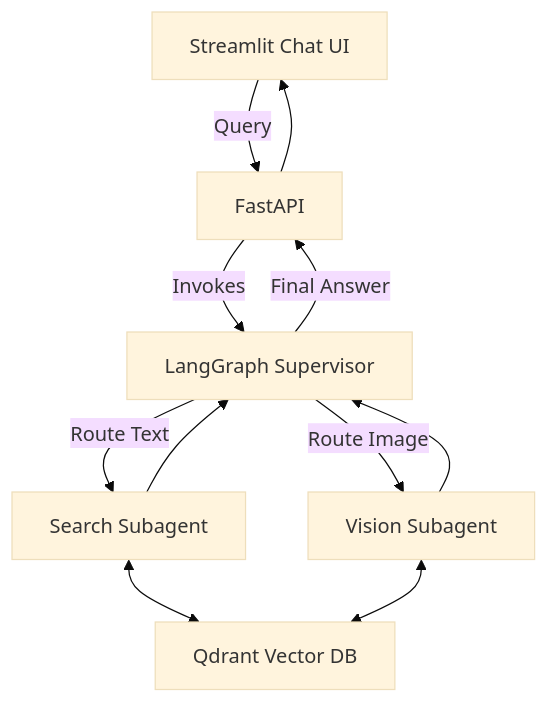
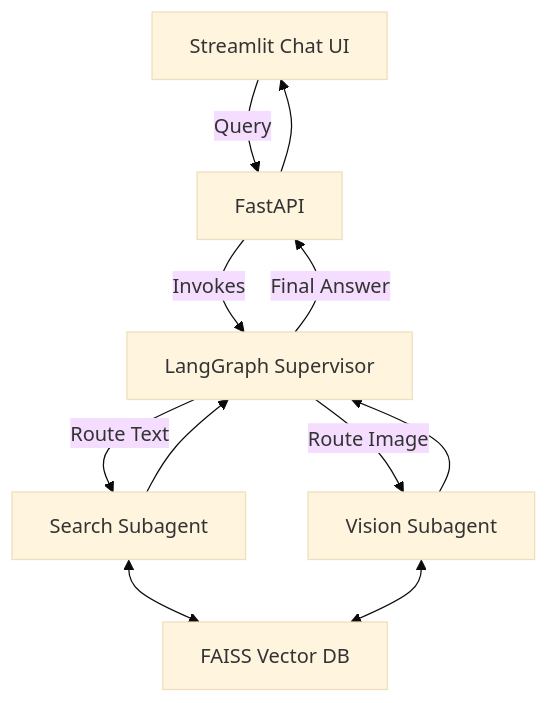
One commit to kushim2005/omniproject changed the first of 2 diagrams in README.md. Above: the diagram before and after it, drawn with Mermaid (base theme). The commit also changed other lines of this file, not shown here.

Commit message:
docs: Update README with Week 1, 2 and 3 progress, architecture diagrams and project structure

````diff
--- a/README.md
+++ b/README.md
@@ -59,13 +69,13 @@
 ```mermaid
 graph TD
     UI[Streamlit Chat UI] -->|Query| API[FastAPI]
     API -->|Invokes| SUP[LangGraph Supervisor]
     SUP -->|Route Text| SA[Search Subagent]
     SUP -->|Route Image| VA[Vision Subagent]
-    SA <--> Q[Qdrant Vector DB]
+    SA <--> Q[FAISS Vector DB]
     VA <--> Q
     SA --> SUP
     VA --> SUP
     SUP -->|Final Answer| API
     API --> UI
 ```
````
